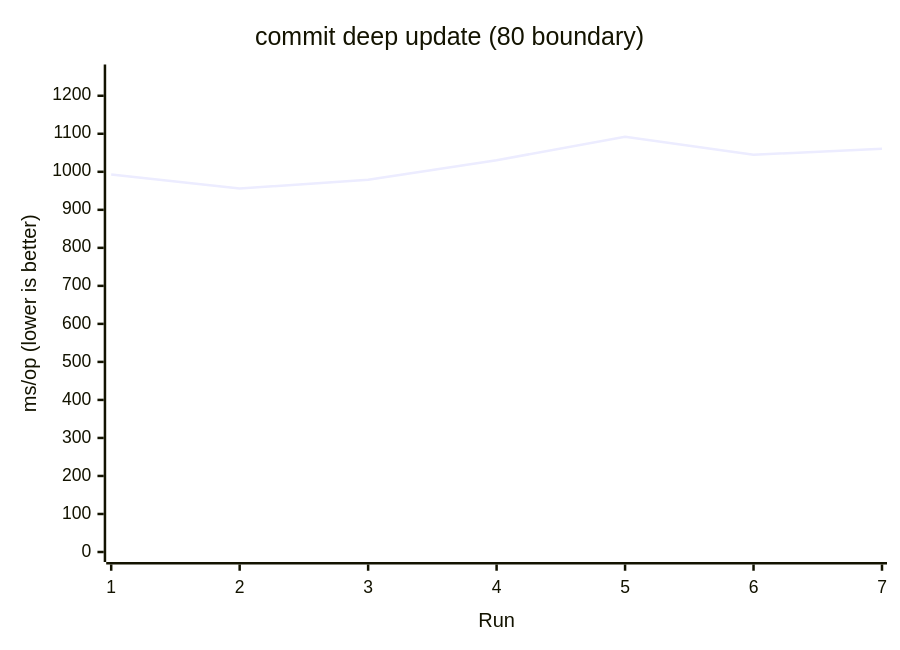
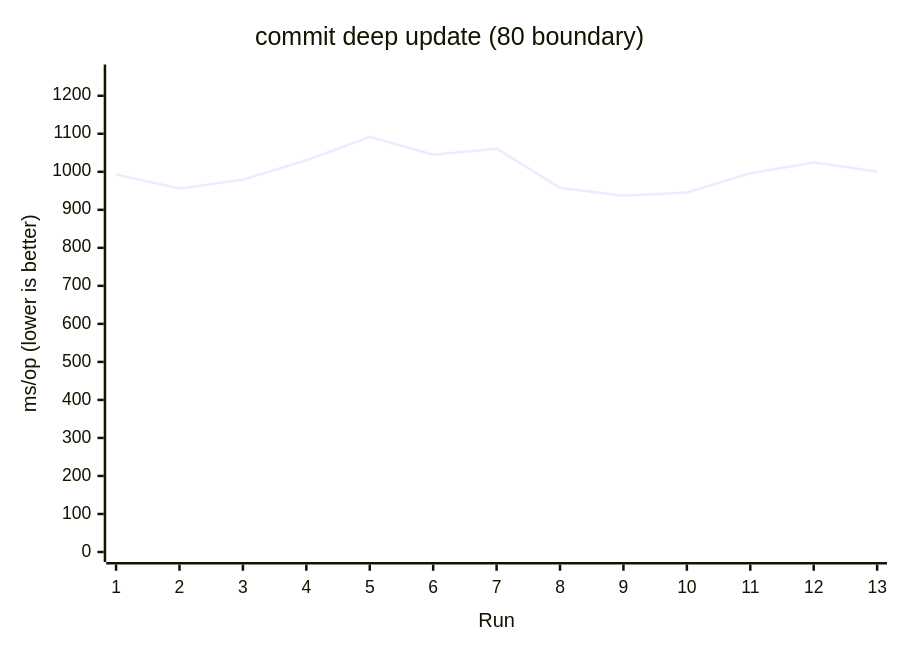
One commit to AIluffy/io changed the seventh of 17 diagrams in apps/docs/src/content/docs/en/guides/benchmark.mdx. Above: the diagram before and after it, drawn with Mermaid. The commit also changed other lines of this file and 11 other files, not shown here.

````diff
--- a/apps/docs/src/content/docs/en/guides/benchmark.mdx
+++ b/apps/docs/src/content/docs/en/guides/benchmark.mdx
@@ -178,7 +265,7 @@
 ```mermaid
 xychart-beta
   title "commit deep update (80 boundary)"
-  x-axis "Run" [1, 2, 3, 4, 5, 6, 7]
+  x-axis "Run" [1, 2, 3, 4, 5, 6, 7, 8, 9, 10, 11, 12, 13]
   y-axis "ms/op (lower is better)" 0 --> 1255.9128
-  line [992.725, 955.8344, 979.2947, 1030.485, 1092.0981, 1044.7571, 1060.7891]
+  line [992.725, 955.8344, 979.2947, 1030.485, 1092.0981, 1044.7571, 1060.7891, 958.0996, 937.104, 945.5124, 996.1228, 1024.3481, 1000.8426]
 ```
````
